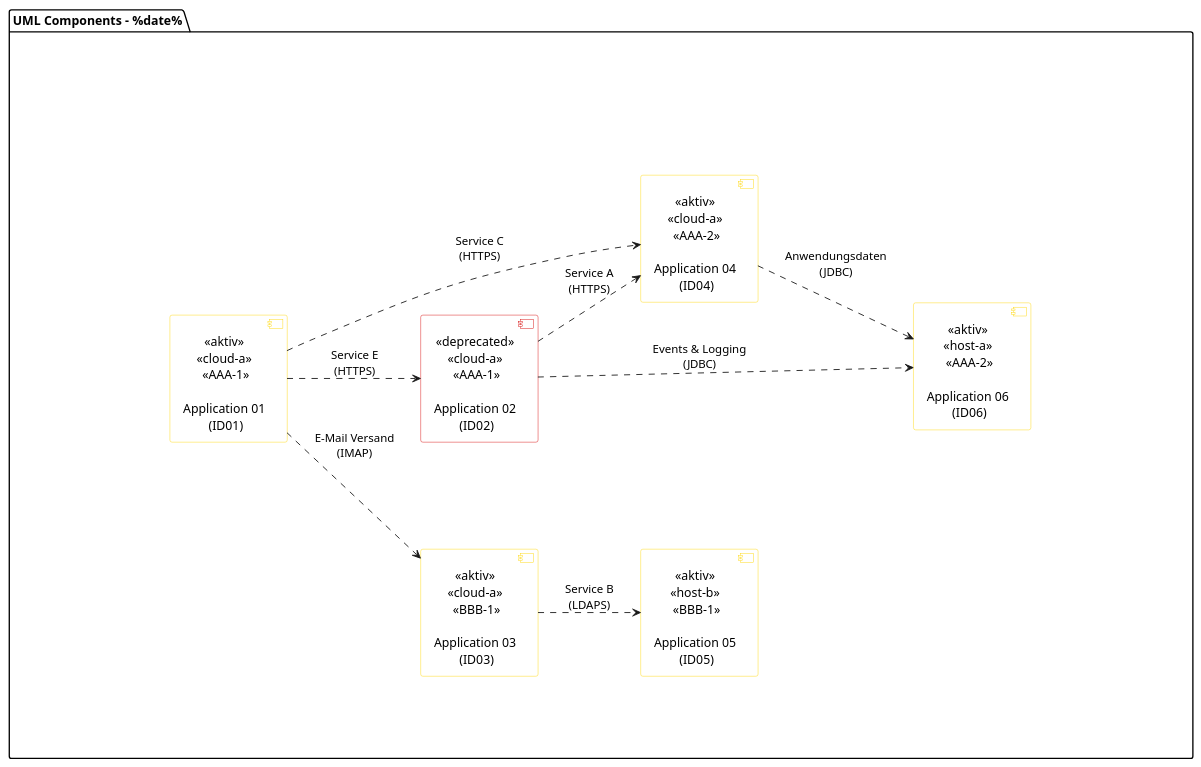
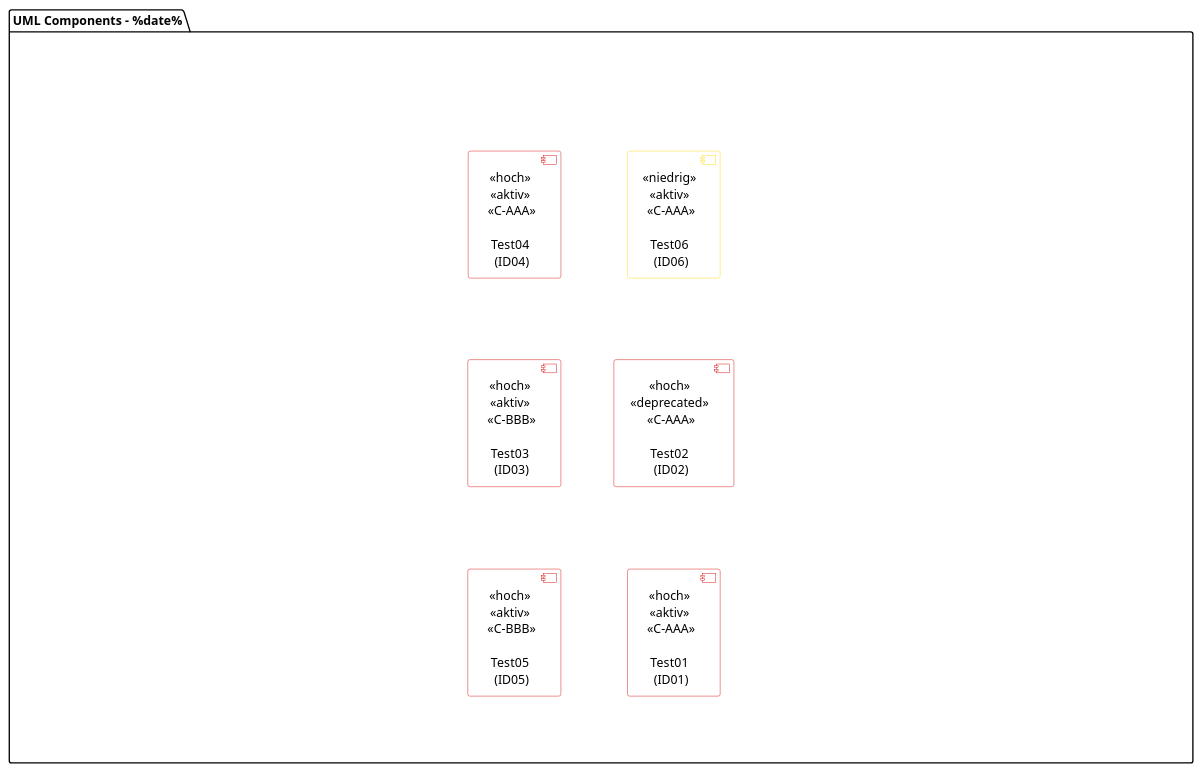
One commit to MarkusSprunck/directed_graph_generator changed the diagram in Output/components.puml. Above: the diagram before and after it, drawn with PlantUML. The commit also changed 7 other files, not shown here.

```diff
--- a/Output/components.puml
+++ b/Output/components.puml
@@ -1,62 +1,53 @@
 @startuml
 
 top to bottom direction
 
 skinparam componentStyle uml2
 skinparam handwritten false
 skinparam monochrome false
 skinparam shadowing false
 skinparam defaultTextAlignment center
 skinparam packageFontSize  14
 skinparam packageFontName Arial
 
 skinparam component {
     StereotypeFontSize 14
     StereotypeFontColor black
     StereotypeName Arial
     StereotypeFontStyle normal
     FontSize 14
     FontColor black
     FontName Arial
     BackgroundColor white
 }
 
 skinparam package<<Transparent>> {
   borderColor Transparent
   backgroundColor Transparent
   fontColor Transparent
   stereotypeFontColor Transparent
 }
 
 !pragma ratio 0.66
 
 left to right direction
 
 package "UML Components - %date%" {
 
 package "0123456789012345678901234567890123456789012345678901234567890123456789012345678901234567890123456789012345678901234567890123456789012345678901234567890123456789" <<Transparent>> {
 
      
- skinparam componentBorderColor<<deprecated>> #d50000 
- skinparam componentBorderColor<<aktiv>> #ffd600 
+skinparam componentBorderColor<<hoch>> #d50000
+skinparam componentBorderColor<<niedrig>> #ffd600
 
- [ <<cloud-a>> \n  <<AAA-1>> \n \nApplication 02\n (ID02)] as ID02  <<deprecated>>  [[{Lorem ipsum dolor sit amet, consectetur adipiscing elit, sed do eiusmod tempor incididunt ut labore et dolore magna aliqua. Ut enim ad minim veniam, quis nostrud exercitation. 02}]]
-
- [ <<host-b>> \n  <<BBB-1>> \n \nApplication 05\n (ID05)] as ID05  <<aktiv>>  [[{Lorem ipsum dolor sit amet, consectetur adipiscing elit, sed do eiusmod tempor incididunt ut labore et dolore magna aliqua. Ut enim ad minim veniam, quis nostrud exercitation. 05}]]
- [ <<host-a>> \n  <<AAA-2>> \n \nApplication 06\n (ID06)] as ID06  <<aktiv>>  [[{Lorem ipsum dolor sit amet, consectetur adipiscing elit, sed do eiusmod tempor incididunt ut labore et dolore magna aliqua. Ut enim ad minim veniam, quis nostrud exercitation. 06}]]
- [ <<cloud-a>> \n  <<BBB-1>> \n \nApplication 03\n (ID03)] as ID03  <<aktiv>>  [[{Lorem ipsum dolor sit amet, consectetur adipiscing elit, sed do eiusmod tempor incididunt ut labore et dolore magna aliqua. Ut enim ad minim veniam, quis nostrud exercitation. 03}]]
- [ <<cloud-a>> \n  <<AAA-2>> \n \nApplication 04\n (ID04)] as ID04  <<aktiv>>  [[{Lorem ipsum dolor sit amet, consectetur adipiscing elit, sed do eiusmod tempor incididunt ut labore et dolore magna aliqua. Ut enim ad minim veniam, quis nostrud exercitation. 04}]]
- [ <<cloud-a>> \n  <<AAA-1>> \n \nApplication 01\n (ID01)] as ID01  <<aktiv>>  [[{Lorem ipsum dolor sit amet, consectetur adipiscing elit, sed do eiusmod tempor incididunt ut labore et dolore magna aliqua. Ut enim ad minim veniam, quis nostrud exercitation. 01}]]
-
-[ID04] ..> [ID06] : Anwendungsdaten\n(JDBC)
-[ID02] ..> [ID06] : Events & Logging\n(JDBC)
-[ID01] ..> [ID02] : Service E\n(HTTPS)
-[ID01] ..> [ID03] : E-Mail Versand\n(IMAP)
-[ID01] ..> [ID04] : Service C\n(HTTPS)
-[ID02] ..> [ID04] : Service A\n(HTTPS)
-[ID03] ..> [ID05] : Service B\n(LDAPS)
+[ <<aktiv>> \n  <<C-BBB>> \n \nTest05\n (ID05)] as ID05  <<hoch>>  [[{Lorem ipsum dolor sit amet, consectetur adipiscing elit, sed do eiusmod tempor incididunt ut labore et dolore magna aliqua. Ut enim ad minim veniam, quis nostrud exercitation. 05}]]
+[ <<aktiv>> \n  <<C-BBB>> \n \nTest03\n (ID03)] as ID03  <<hoch>>  [[{Lorem ipsum dolor sit amet, consectetur adipiscing elit, sed do eiusmod tempor incididunt ut labore et dolore magna aliqua. Ut enim ad minim veniam, quis nostrud exercitation. 03}]]
+[ <<aktiv>> \n  <<C-AAA>> \n \nTest04\n (ID04)] as ID04  <<hoch>>  [[{Lorem ipsum dolor sit amet, consectetur adipiscing elit, sed do eiusmod tempor incididunt ut labore et dolore magna aliqua. Ut enim ad minim veniam, quis nostrud exercitation. 04}]]
+[ <<aktiv>> \n  <<C-AAA>> \n \nTest01\n (ID01)] as ID01  <<hoch>>  [[{Lorem ipsum dolor sit amet, consectetur adipiscing elit, sed do eiusmod tempor incididunt ut labore et dolore magna aliqua. Ut enim ad minim veniam, quis nostrud exercitation. 01}]]
+[ <<deprecated>> \n  <<C-AAA>> \n \nTest02\n (ID02)] as ID02  <<hoch>>  [[{Lorem ipsum dolor sit amet, consectetur adipiscing elit, sed do eiusmod tempor incididunt ut labore et dolore magna aliqua. Ut enim ad minim veniam, quis nostrud exercitation. 02}]]
+[ <<aktiv>> \n  <<C-AAA>> \n \nTest06\n (ID06)] as ID06  <<niedrig>>  [[{Lorem ipsum dolor sit amet, consectetur adipiscing elit, sed do eiusmod tempor incididunt ut labore et dolore magna aliqua. Ut enim ad minim veniam, quis nostrud exercitation. 06}]]
 
     }
 }
 
 @enduml
```
